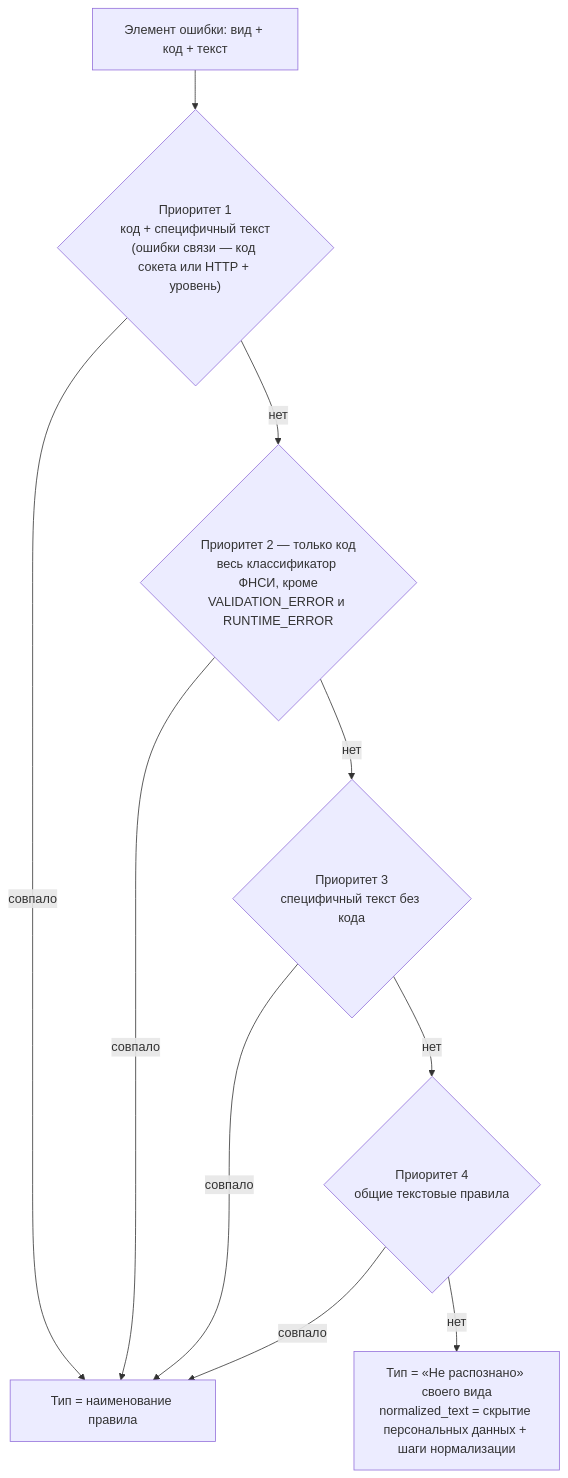
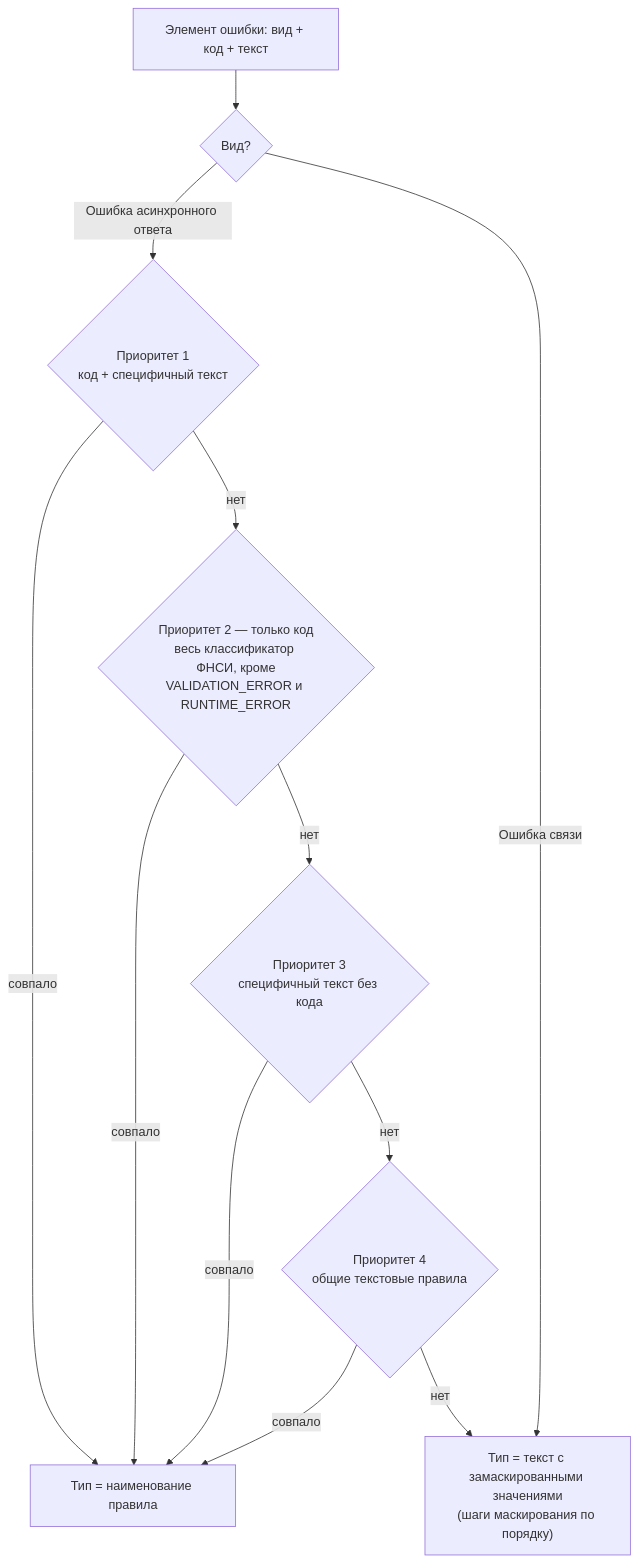
Before and after one commit to asaf1n/EGISZ-Proxy-Reports-Airflow: the fifth of 5 diagrams in README.md, drawn with Mermaid. The commit also changed other lines of this file and 46 other files, not shown here.

Commit message:
Вернуть состояние прода (ветка metabase_egisz, dwh_egisz): дашборды, модели и схема соответствуют текущей БД прода; шаблон секрета — БД прода, пароль из окружения; актуальные AGENTS.md и CLAUDE.md

````diff
--- a/README.md
+++ b/README.md
@@ -554,16 +515,18 @@
 ```mermaid
 flowchart TD
-    A["Элемент ошибки: вид + код + текст"] --> P1
+    A["Элемент ошибки: вид + код + текст"] --> K{"Вид?"}
+    K -->|Ошибка асинхронного ответа| P1
+    K -->|Ошибка связи| M
 
-    P1{"Приоритет 1<br/>код + специфичный текст<br/>(ошибки связи — код сокета или HTTP + уровень)"} -->|совпало| OUT
+    P1{"Приоритет 1<br/>код + специфичный текст"} -->|совпало| OUT
     P1 -->|нет| P2
     P2{"Приоритет 2 — только код<br/>весь классификатор ФНСИ, кроме<br/>VALIDATION_ERROR и RUNTIME_ERROR"} -->|совпало| OUT
     P2 -->|нет| P3
     P3{"Приоритет 3<br/>специфичный текст без кода"} -->|совпало| OUT
     P3 -->|нет| P4
     P4{"Приоритет 4<br/>общие текстовые правила"} -->|совпало| OUT
     P4 -->|нет| M
 
     OUT["Тип = наименование правила"]
-    M["Тип = «Не распознано» своего вида<br/>normalized_text = скрытие персональных данных + шаги нормализации"]
+    M["Тип = текст с замаскированными значениями<br/>(шаги маскирования по порядку)"]
 ```
````
